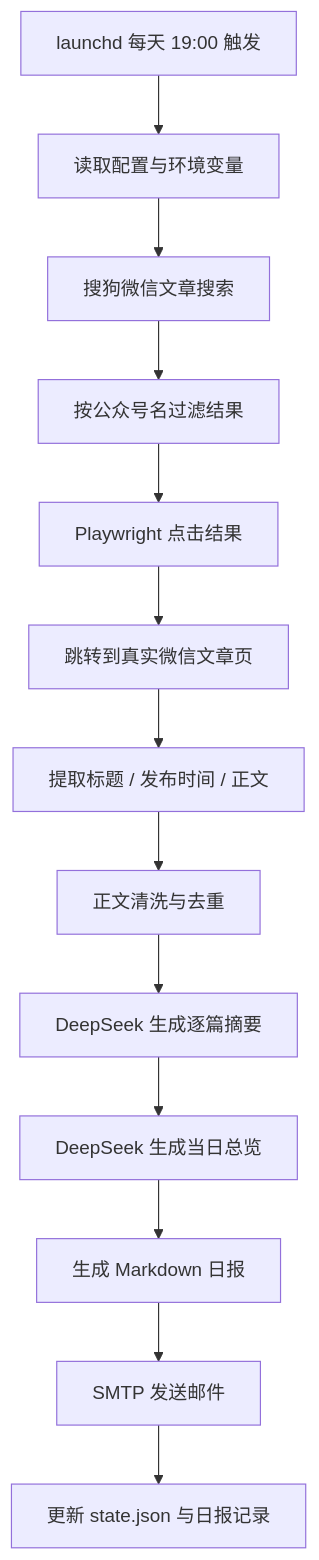
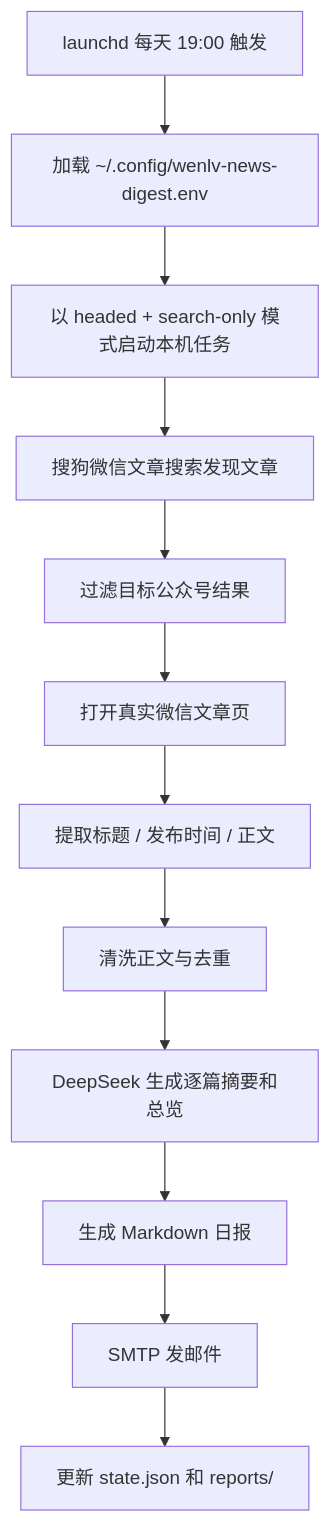
Before and after one commit to NafYoung/auto-tool: the diagram in PROJECT_FLOW.md, drawn with Mermaid. The commit also changed other lines of this file and 9 other files, not shown here.

````diff
--- a/PROJECT_FLOW.md
+++ b/PROJECT_FLOW.md
@@ -244,15 +331,14 @@
 ```mermaid
 flowchart TD
-    A["launchd 每天 19:00 触发"] --> B["读取配置与环境变量"]
-    B --> C["搜狗微信文章搜索"]
-    C --> D["按公众号名过滤结果"]
-    D --> E["Playwright 点击结果"]
-    E --> F["跳转到真实微信文章页"]
+    A["launchd 每天 19:00 触发"] --> B["加载 ~/.config/wenlv-news-digest.env"]
+    B --> C["以 headed + search-only 模式启动本机任务"]
+    C --> D["搜狗微信文章搜索发现文章"]
+    D --> E["过滤目标公众号结果"]
+    E --> F["打开真实微信文章页"]
     F --> G["提取标题 / 发布时间 / 正文"]
-    G --> H["正文清洗与去重"]
-    H --> I["DeepSeek 生成逐篇摘要"]
-    I --> J["DeepSeek 生成当日总览"]
-    J --> K["生成 Markdown 日报"]
-    K --> L["SMTP 发送邮件"]
-    L --> M["更新 state.json 与日报记录"]
+    G --> H["清洗正文与去重"]
+    H --> I["DeepSeek 生成逐篇摘要和总览"]
+    I --> J["生成 Markdown 日报"]
+    J --> K["SMTP 发邮件"]
+    K --> L["更新 state.json 和 reports/"]
 ```
````
